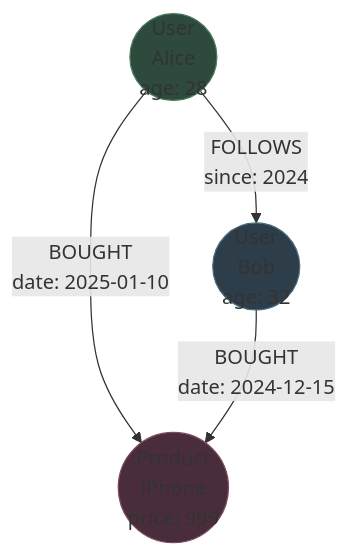
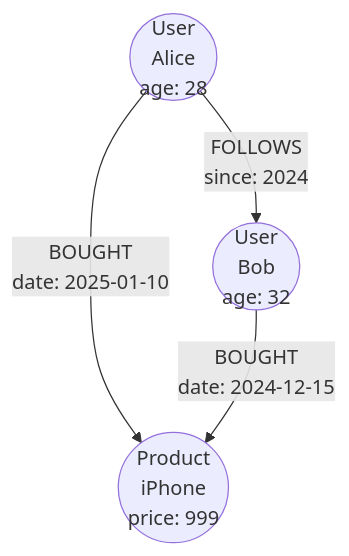
Before and after one commit to Yash-Kavaiya/The-System-Design-Masterclass: diagram 14 of 16 in system design beginner/9. Non-Relational Databases.md, drawn with Mermaid. The commit also changed other lines of this file, not shown here.

````diff
--- a/system design beginner/9. Non-Relational Databases.md
+++ b/system design beginner/9. Non-Relational Databases.md
@@ -657,14 +610,11 @@
 ```mermaid
 graph TB
     NODE1((User<br/>Alice<br/>age: 28))
     NODE2((User<br/>Bob<br/>age: 32))
     NODE3((Product<br/>iPhone<br/>price: 999))
     
     NODE1 -->|FOLLOWS<br/>since: 2024| NODE2
     NODE1 -->|BOUGHT<br/>date: 2025-01-10| NODE3
     NODE2 -->|BOUGHT<br/>date: 2024-12-15| NODE3
     
-    style NODE1 fill:#2d4a3c,stroke:#4a7c5c
-    style NODE2 fill:#2d3d4a,stroke:#4a6d7c
-    style NODE3 fill:#4a2d3c,stroke:#7c4a5c
 ```
````
